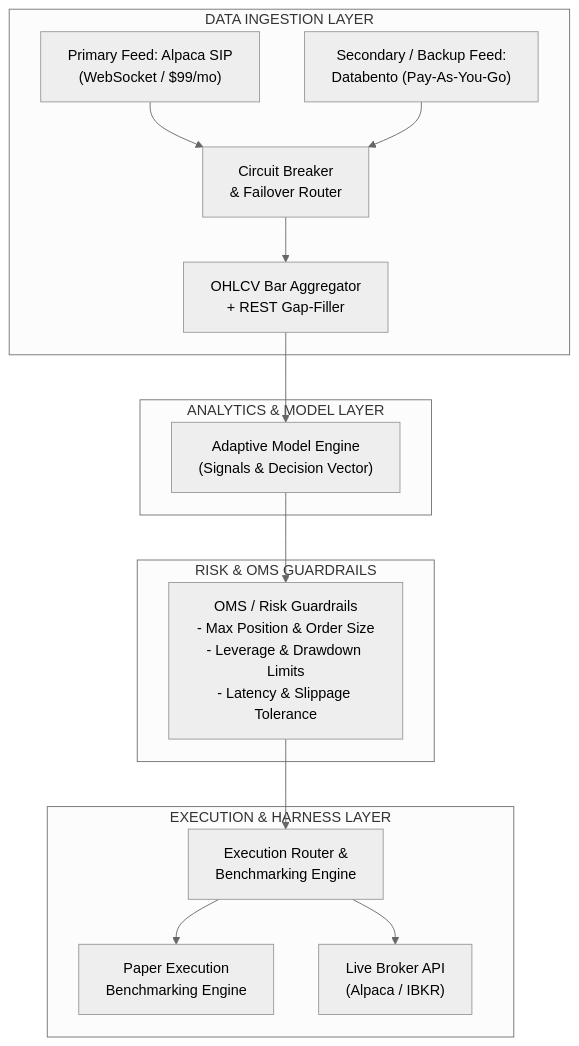
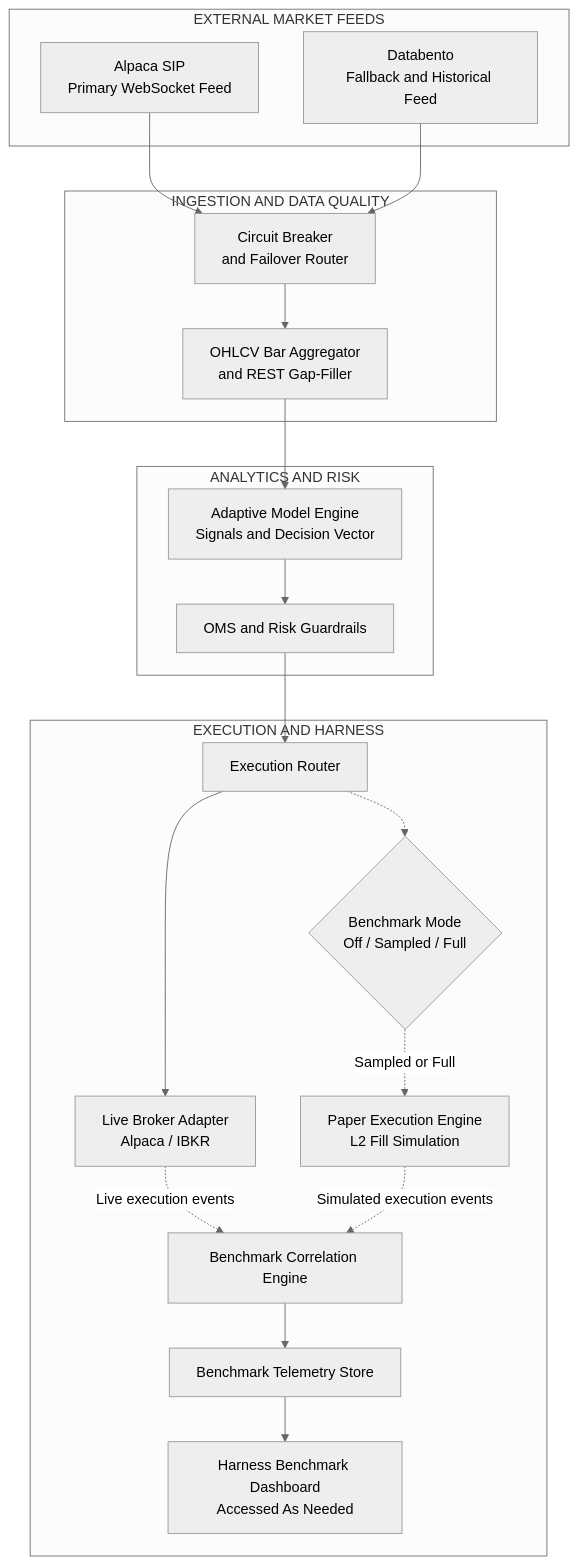
The diagram in docs/design/musings/OHLCV_discussion_output_082826.md (srao977/SADE), drawn with Mermaid (neutral theme) before and after one commit.

Commit message:
mermaid diagram rendering correction for both paths

````diff
--- a/docs/design/musings/OHLCV_discussion_output_082826.md
+++ b/docs/design/musings/OHLCV_discussion_output_082826.md
@@ -268,43 +268,42 @@
 ```mermaid
 flowchart TD
-
-    %% LAYER 1: DATA INGESTION
-    subgraph L1[DATA INGESTION LAYER]
-      A1["Primary Feed: Alpaca SIP<br/>(WebSocket / $99/mo)"]
-      A2["Secondary / Backup Feed:<br/>Databento (Pay-As-You-Go)"]
-
-      CB["Circuit Breaker<br/>& Failover Router"]
-
-      AGG["OHLCV Bar Aggregator<br/>+ REST Gap-Filler"]
-
-        A1 --> CB
-        A2 --> CB
-        CB --> AGG
+    subgraph FEEDS["EXTERNAL MARKET FEEDS"]
+        ALPACA["Alpaca SIP<br/>Primary WebSocket Feed"]
+        DATABENTO["Databento<br/>Fallback and Historical Feed"]
     end
 
-    %% LAYER 2: ANALYTICS & MODEL
-    subgraph L2[ANALYTICS & MODEL LAYER]
-      M1["Adaptive Model Engine<br/>(Signals & Decision Vector)"]
+    subgraph INGESTION["INGESTION AND DATA QUALITY"]
+        FAILOVER["Circuit Breaker<br/>and Failover Router"]
+        BARS["OHLCV Bar Aggregator<br/>and REST Gap-Filler"]
     end
 
-    %% LAYER 3: RISK & OMS GUARDRAILS
-    subgraph L3[RISK & OMS GUARDRAILS]
-      R1["OMS / Risk Guardrails<br/>- Max Position & Order Size<br/>- Leverage & Drawdown Limits<br/>- Latency & Slippage Tolerance"]
+    subgraph DECISION["ANALYTICS AND RISK"]
+        MODEL["Adaptive Model Engine<br/>Signals and Decision Vector"]
+        RISK["OMS and Risk Guardrails"]
     end
 
-    %% LAYER 4: EXECUTION & HARNESS
-    subgraph L4[EXECUTION & HARNESS LAYER]
-      ER["Execution Router &<br/>Benchmarking Engine"]
-
-      PE["Paper Execution<br/>Benchmarking Engine"]
-      LB["Live Broker API<br/>(Alpaca / IBKR)"]
-
-        ER --> PE
-        ER --> LB
+    subgraph EXECUTION["EXECUTION AND HARNESS"]
+        ROUTER["Execution Router"]
+        LIVE["Live Broker Adapter<br/>Alpaca / IBKR"]
+        MODE{"Benchmark Mode<br/>Off / Sampled / Full"}
+        PAPER["Paper Execution Engine<br/>L2 Fill Simulation"]
+        CORRELATE["Benchmark Correlation Engine"]
+        STORE["Benchmark Telemetry Store"]
+        DASH["Harness Benchmark Dashboard<br/>Accessed As Needed"]
     end
 
-    %% TOP-DOWN FLOW
-    AGG --> M1
-    M1 --> R1
-    R1 --> ER
+    ALPACA --> FAILOVER
+    DATABENTO --> FAILOVER
+    FAILOVER --> BARS
+    BARS --> MODEL
+    MODEL --> RISK
+    RISK --> ROUTER
+    ROUTER --> LIVE
+
+    ROUTER -.-> MODE
+    MODE -.->|"Sampled or Full"| PAPER
+    LIVE -.->|"Live execution events"| CORRELATE
+    PAPER -.->|"Simulated execution events"| CORRELATE
+    CORRELATE --> STORE
+    STORE --> DASH
 ```
````
